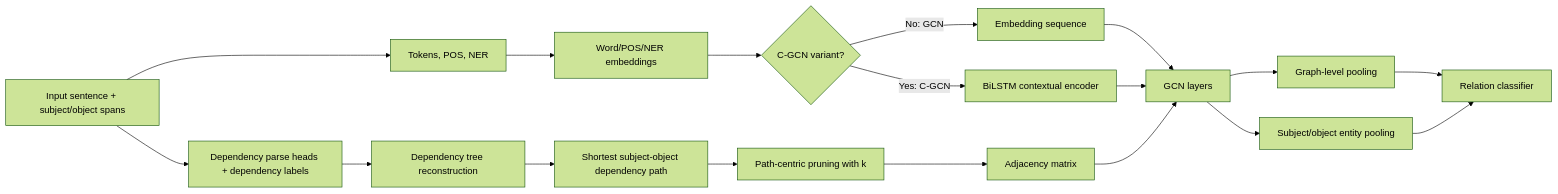
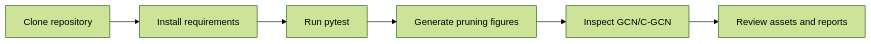
Before and after one commit to Nour-Ghribi/syntax-aware-relation-extraction-gcn: the diagram in README.md, drawn with Mermaid (forest theme). The commit also changed other lines of this file and 4 other files, not shown here.

````diff
--- a/README.md
+++ b/README.md
@@ -38,20 +169,8 @@
 ```mermaid
 flowchart LR
-    A[Input sentence + subject/object spans] --> B[Tokens, POS, NER]
-    A --> C[Dependency parse heads + dependency labels]
-    B --> D[Word/POS/NER embeddings]
-    C --> E[Dependency tree reconstruction]
-    E --> F[Shortest subject-object dependency path]
-    F --> G[Path-centric pruning with k]
-    G --> H[Adjacency matrix]
-    D --> I{C-GCN variant?}
-    I -->|No: GCN| J[Embedding sequence]
-    I -->|Yes: C-GCN| K[BiLSTM contextual encoder]
-    J --> L[GCN layers]
-    K --> L
-    H --> L
-    L --> M[Graph-level pooling]
-    L --> N[Subject/object entity pooling]
-    M --> O[Relation classifier]
-    N --> O
+    A[Clone repository] --> B[Install requirements]
+    B --> C[Run pytest]
+    C --> D[Generate pruning figures]
+    D --> E[Inspect GCN/C-GCN]
+    E --> F[Review assets and reports]
 ```
````
